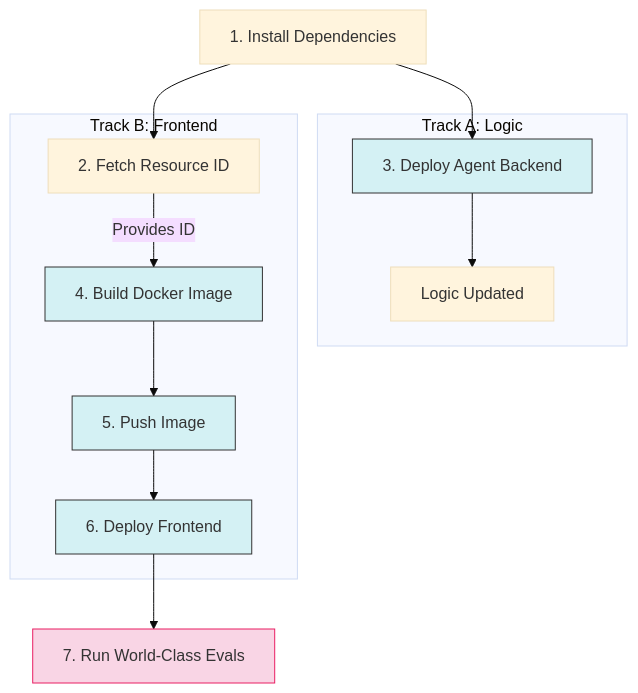
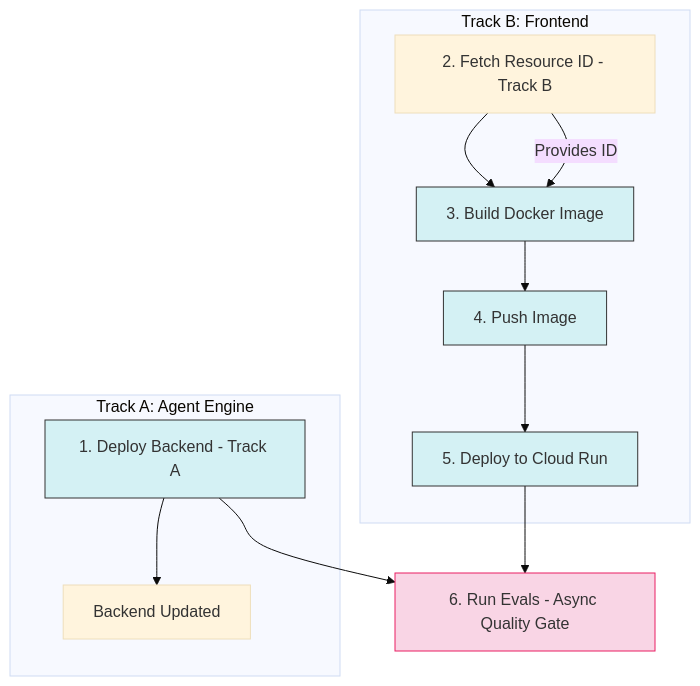
Before and after one commit to srtux/sre-agent: the diagram in docs/infrastructure/DEPLOYMENT.md, drawn with Mermaid (base theme). The commit also changed other lines of this file and 72 other files, not shown here.

````diff
--- a/docs/infrastructure/DEPLOYMENT.md
+++ b/docs/infrastructure/DEPLOYMENT.md
@@ -11,23 +11,23 @@
 ```mermaid
 graph TD
-    A[1. Install Dependencies] --> B[2. Fetch Resource ID]
-    A --> C[3. Deploy Agent Backend]
+    A[1. Deploy Backend - Track A] --> H
+    B[2. Fetch Resource ID - Track B] --> D
 
-    subgraph "Track A: Logic"
-    C --> C_End[Logic Updated]
+    subgraph "Track A: Agent Engine"
+    A --> A_End[Backend Updated]
     end
 
     subgraph "Track B: Frontend"
-    B --> |Provides ID| E[4. Build Docker Image]
-    E --> F[5. Push Image]
-    F --> G[6. Deploy Frontend]
+    B --> |Provides ID| D[3. Build Docker Image]
+    D --> E[4. Push Image]
+    E --> F[5. Deploy to Cloud Run]
     end
 
-    G --> H[7. Run World-Class Evals]
+    F --> H[6. Run Evals - Async Quality Gate]
 
-    style C fill:#d4f1f4,stroke:#333
+    style A fill:#d4f1f4,stroke:#333
+    style D fill:#d4f1f4,stroke:#333
     style E fill:#d4f1f4,stroke:#333
     style F fill:#d4f1f4,stroke:#333
-    style G fill:#d4f1f4,stroke:#333
     style H fill:#f9d5e5,stroke:#e91e63
 ```
````
